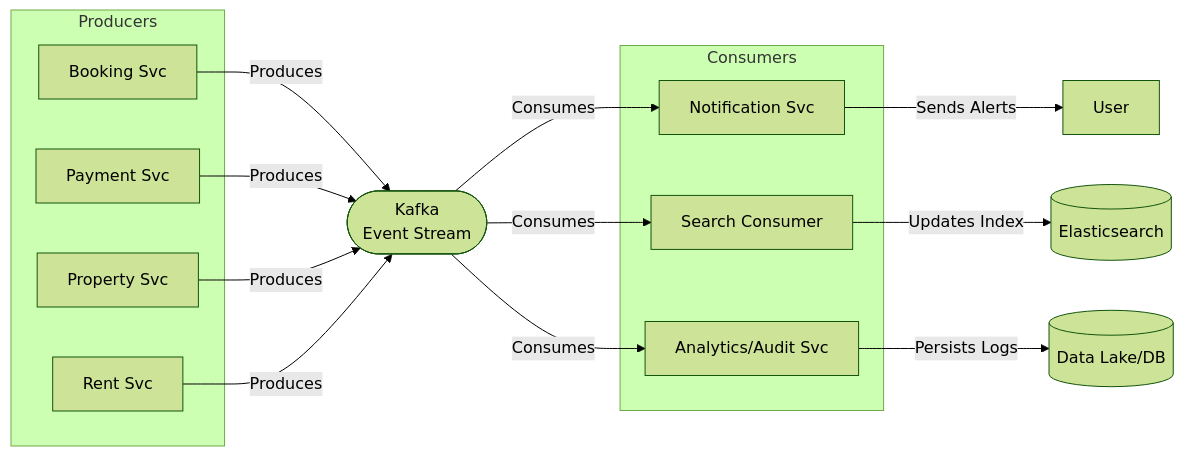
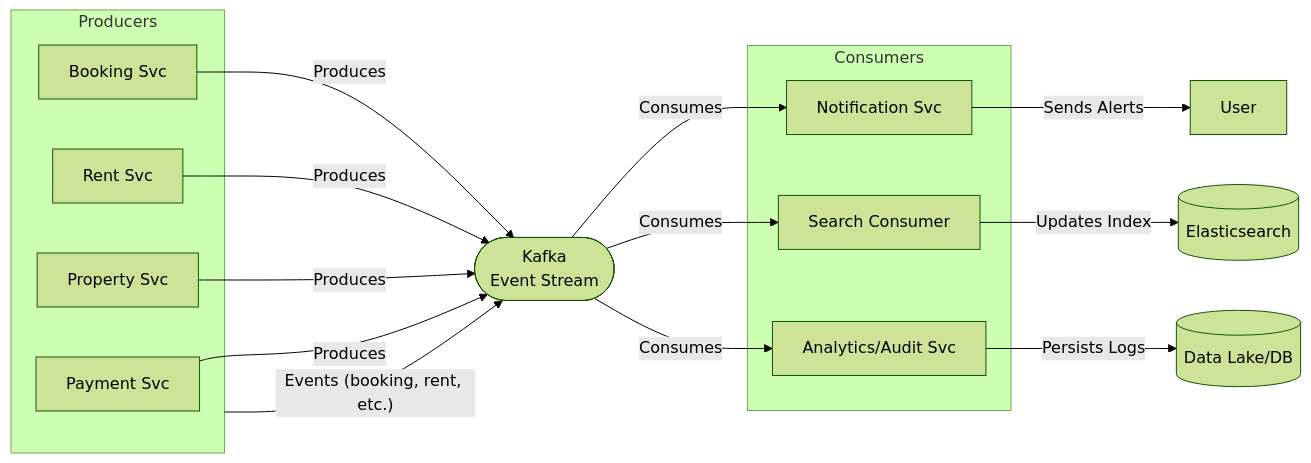
Before and after one commit to AdilAbubacker/rentezy_backend: the third of 3 diagrams in README.md, drawn with Mermaid (forest theme).

````diff
--- a/README.md
+++ b/README.md
@@ -411,30 +411,32 @@
 ```mermaid
 graph LR
     subgraph Producers
         BookingService[Booking Svc]
         RentService[Rent Svc]
         PropertyService[Property Svc]
         PaymentService[Payment Svc]
     end
 
     Kafka([Kafka<br>Event Stream])
 
     subgraph Consumers
         NotificationService[Notification Svc]
         SearchConsumer[Search Consumer]
         AnalyticsAudit[Analytics/Audit Svc]
     end
 
+    Producers -- "Events (booking, rent, etc.)" --> Kafka
+
     BookingService -- "Produces" --> Kafka
     PaymentService -- "Produces" --> Kafka
     PropertyService -- "Produces" --> Kafka
     RentService -- "Produces" --> Kafka
 
     Kafka -- "Consumes" --> NotificationService
     Kafka -- "Consumes" --> SearchConsumer
     Kafka -- "Consumes" --> AnalyticsAudit
 
     NotificationService -- "Sends Alerts" --> User[User]
     SearchConsumer -- "Updates Index" --> Elasticsearch[(Elasticsearch)]
     AnalyticsAudit -- "Persists Logs" --> DataLake[(Data Lake/DB)]
 ```
````
